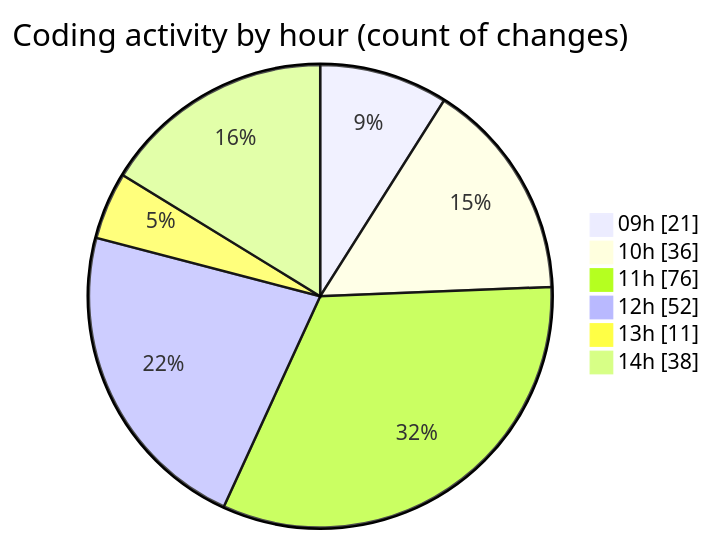
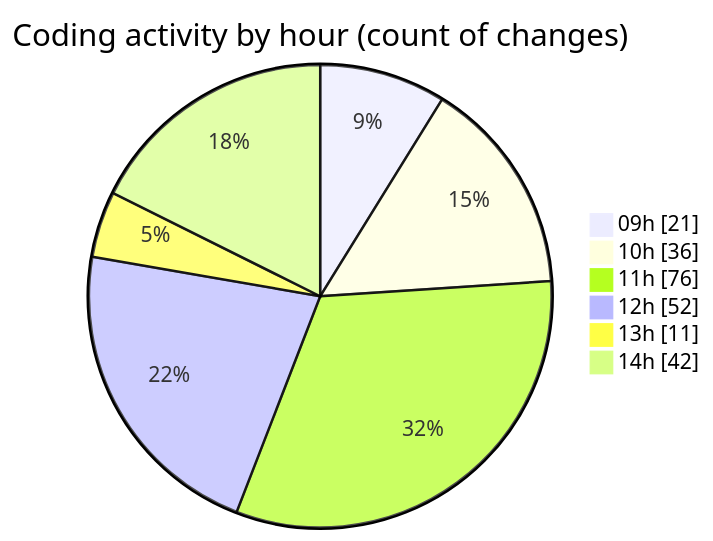
One commit to momahboobian/code-tracking changed the second of 2 diagrams in 2025-09-09/cda/README.md. Above: the diagram before and after it, drawn with Mermaid. The commit also changed other lines of this file and 1 other file, not shown here.

````diff
--- a/2025-09-09/cda/README.md
+++ b/2025-09-09/cda/README.md
@@ -139,10 +139,10 @@
 ```mermaid
 pie showData
 title Coding activity by hour (count of changes)
 "09h" : 21
 "10h" : 36
 "11h" : 76
 "12h" : 52
 "13h" : 11
-"14h" : 38
+"14h" : 42
 ```
````
